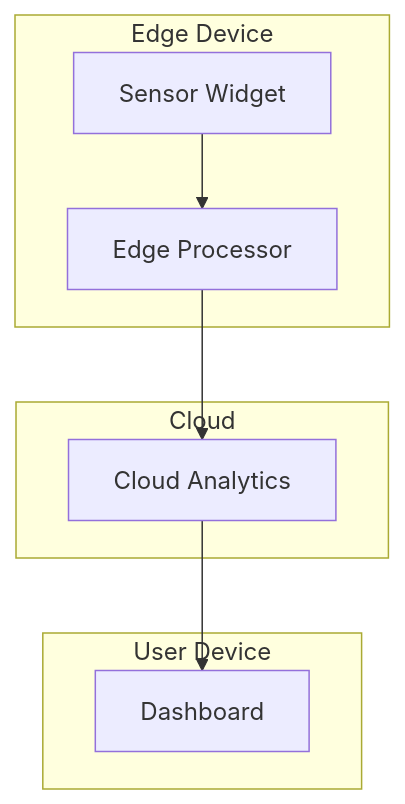
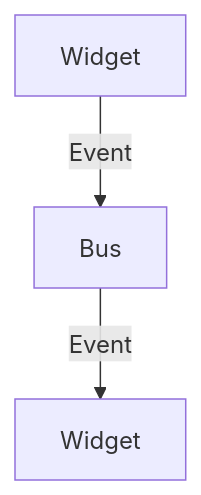
The third of 3 diagrams in dream/001-widget-communication.md (usirin/monorepo), drawn with Mermaid before and after one commit. The commit also changed other lines of this file, not shown here.

````diff
--- a/dream/001-widget-communication.md
+++ b/dream/001-widget-communication.md
@@ -148,17 +99,5 @@
 ```mermaid
 graph TD
-    A[Sensor Widget] --> B[Edge Processor]
-    B --> C[Cloud Analytics]
-    C --> D[Dashboard]
-    
-    subgraph Edge Device
-        A
-        B
-    end
-    subgraph Cloud
-        C
-    end
-    subgraph User Device
-        D
-    end
+    A[Widget] -->|Event| B[Bus]
+    B -->|Event| C[Widget]
 ```
````
